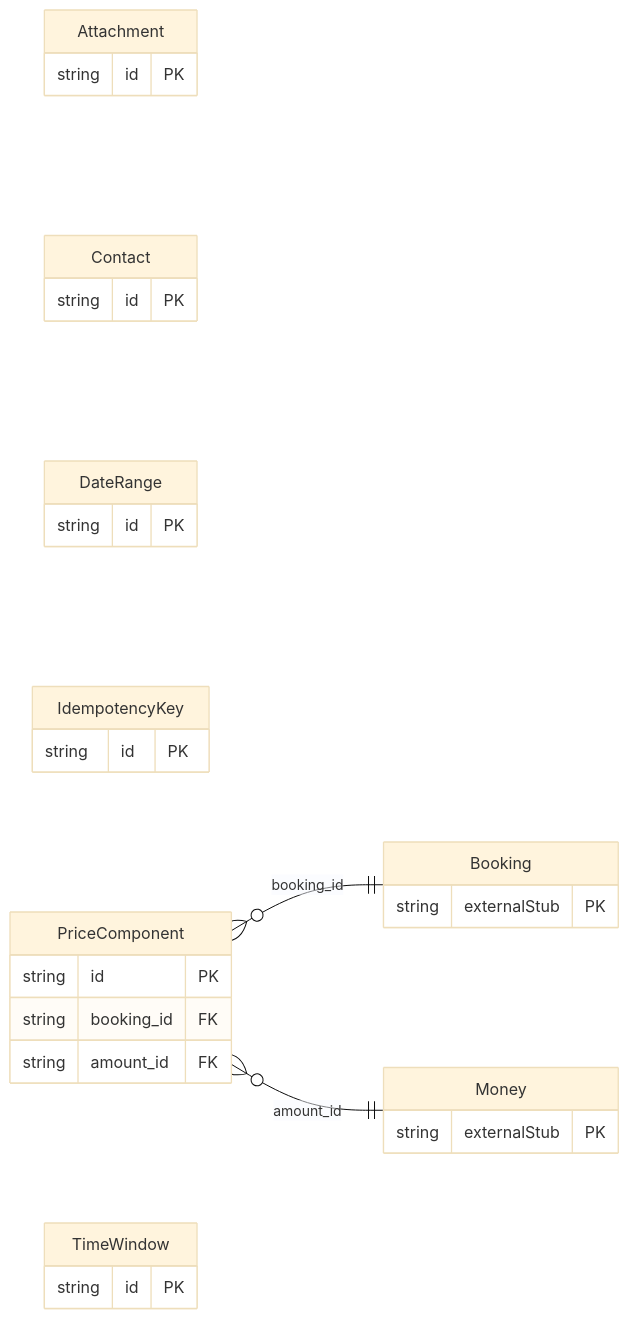
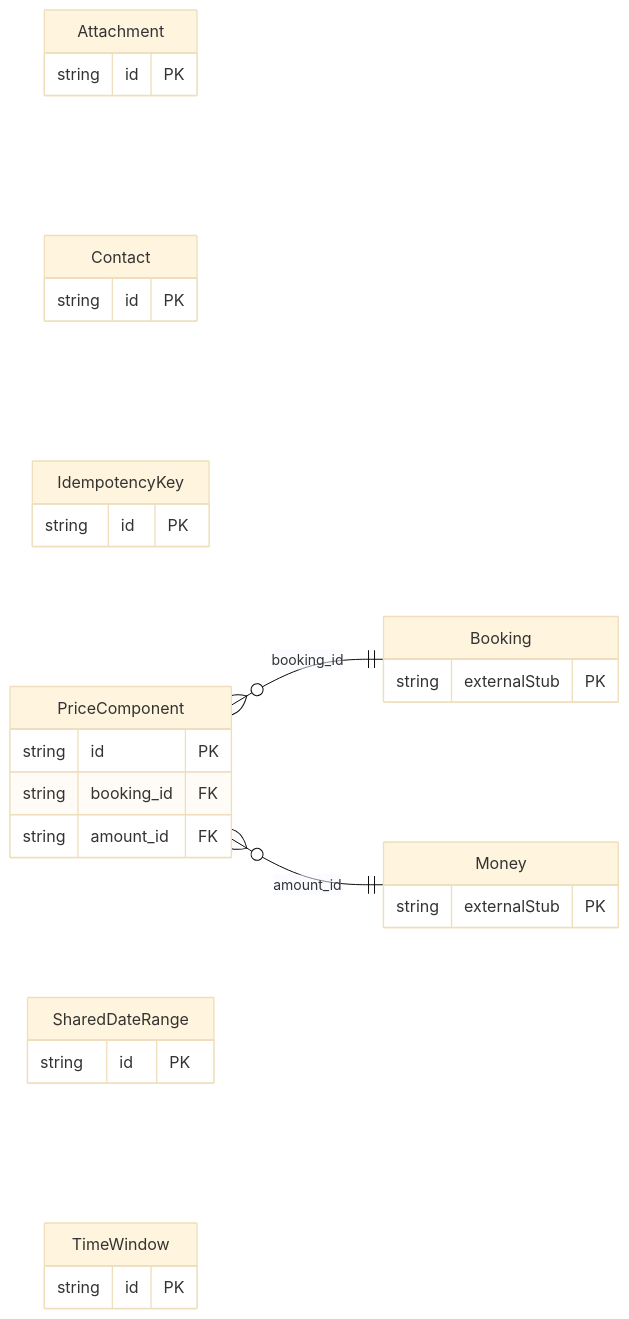
One commit to build-a-company/freebusy changed the diagram in protobuf/generated/prisma/freebusy/shared/README.md. Above: the diagram before and after it, drawn with Mermaid (base theme). The commit also changed 196 other files, not shown here.

First line of the commit message:
feat(pricing): add generated Prisma schema and models for freebusy pricing

````diff
--- a/protobuf/generated/prisma/freebusy/shared/README.md
+++ b/protobuf/generated/prisma/freebusy/shared/README.md
@@ -13,32 +13,32 @@
 ```mermaid
 erDiagram
     direction LR
     Attachment {
         string id PK
     }
     Contact {
         string id PK
     }
-    DateRange {
-        string id PK
-    }
     IdempotencyKey {
         string id PK
     }
     PriceComponent {
         string id PK
         string booking_id FK
         string amount_id FK
+    }
+    SharedDateRange {
+        string id PK
     }
     TimeWindow {
         string id PK
     }
     Booking {
         string externalStub PK
     }
     Money {
         string externalStub PK
     }
     PriceComponent }o--|| Booking : "booking_id"
     PriceComponent }o--|| Money : "amount_id"
 ```
````
